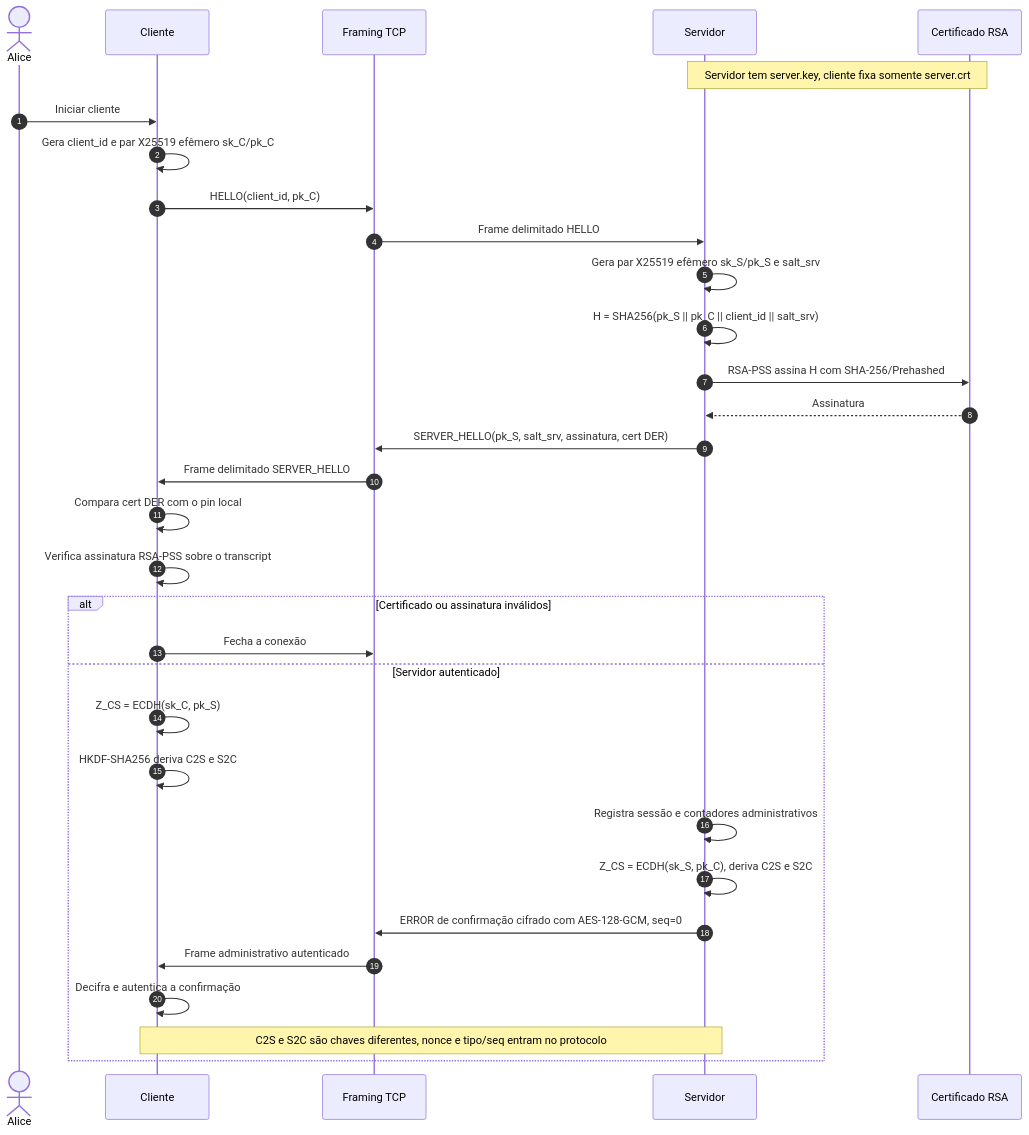
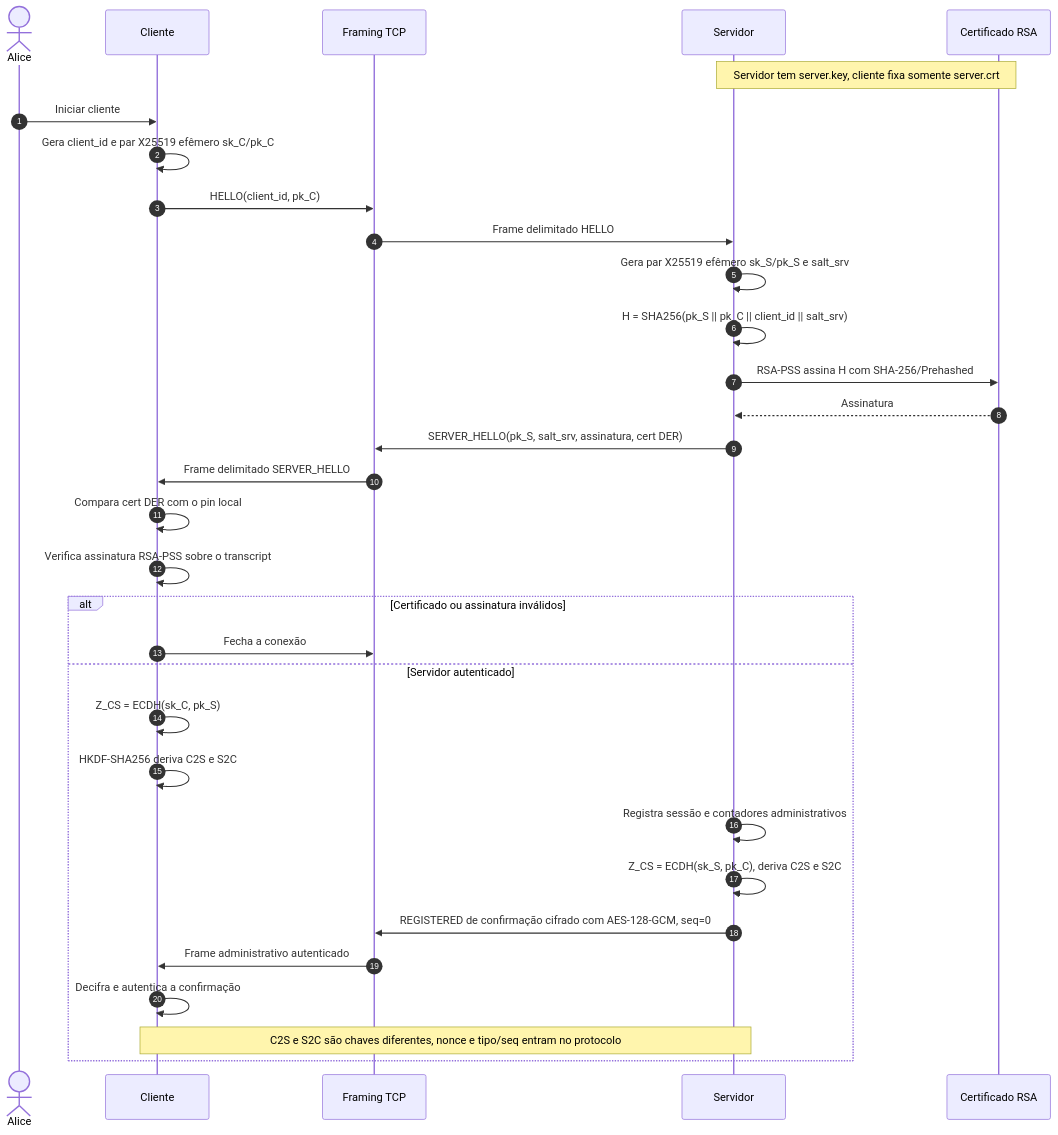
Before and after one commit to rlimapro/seguranca-trabalho-pratico-2: the first of 4 diagrams in MERMAID.md, drawn with Mermaid. The commit also changed 7 other files, not shown here.

````diff
--- a/MERMAID.md
+++ b/MERMAID.md
@@ -9,35 +9,35 @@
 ```mermaid
 sequenceDiagram
     autonumber
     actor A as Alice
     participant C as Cliente
     participant F as Framing TCP
     participant S as Servidor
     participant R as Certificado RSA
 
     Note over S,R: Servidor tem server.key, cliente fixa somente server.crt
     A->>C: Iniciar cliente
     C->>C: Gera client_id e par X25519 efêmero sk_C/pk_C
     C->>F: HELLO(client_id, pk_C)
     F->>S: Frame delimitado HELLO
     S->>S: Gera par X25519 efêmero sk_S/pk_S e salt_srv
     S->>S: H = SHA256(pk_S || pk_C || client_id || salt_srv)
     S->>R: RSA-PSS assina H com SHA-256/Prehashed
     R-->>S: Assinatura
     S->>F: SERVER_HELLO(pk_S, salt_srv, assinatura, cert DER)
     F->>C: Frame delimitado SERVER_HELLO
     C->>C: Compara cert DER com o pin local
     C->>C: Verifica assinatura RSA-PSS sobre o transcript
     alt Certificado ou assinatura inválidos
         C->>F: Fecha a conexão
     else Servidor autenticado
         C->>C: Z_CS = ECDH(sk_C, pk_S)
         C->>C: HKDF-SHA256 deriva C2S e S2C
         S->>S: Registra sessão e contadores administrativos
         S->>S: Z_CS = ECDH(sk_S, pk_C), deriva C2S e S2C
-        S->>F: ERROR de confirmação cifrado com AES-128-GCM, seq=0
+        S->>F: REGISTERED de confirmação cifrado com AES-128-GCM, seq=0
         F->>C: Frame administrativo autenticado
         C->>C: Decifra e autentica a confirmação
         Note over C,S: C2S e S2C são chaves diferentes, nonce e tipo/seq entram no protocolo
     end
 ```
````
